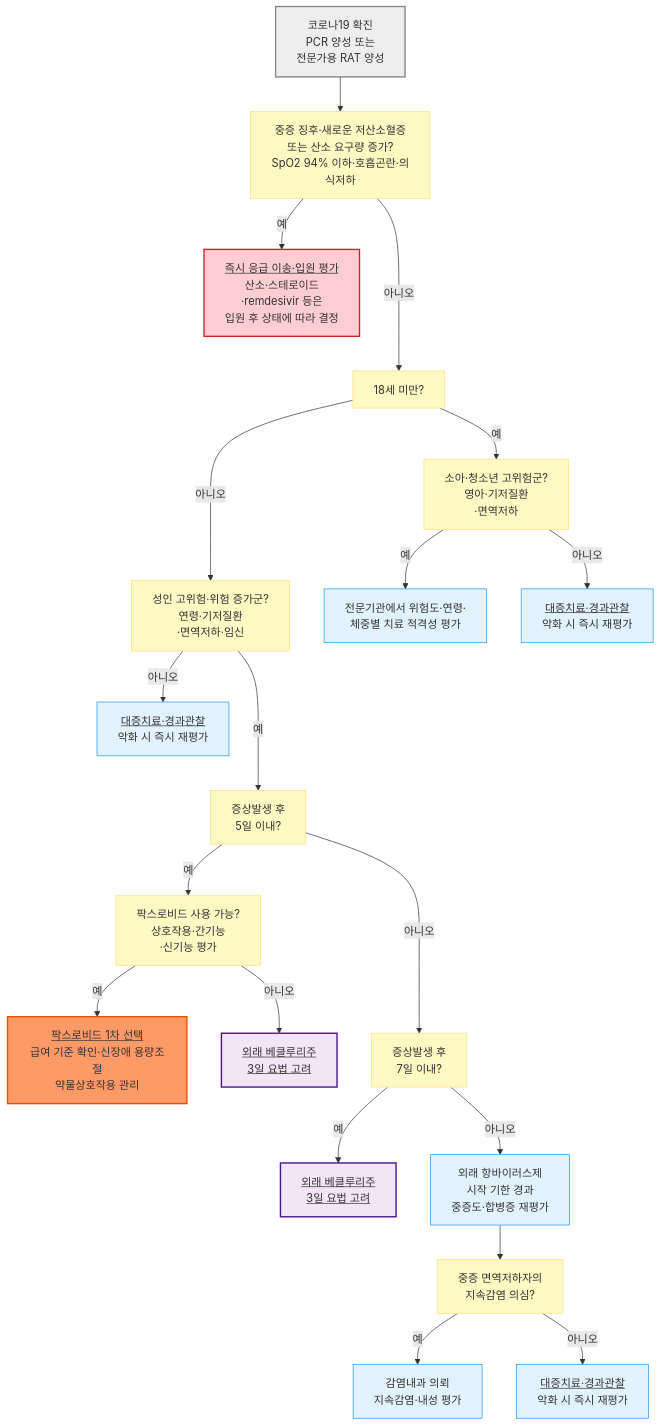
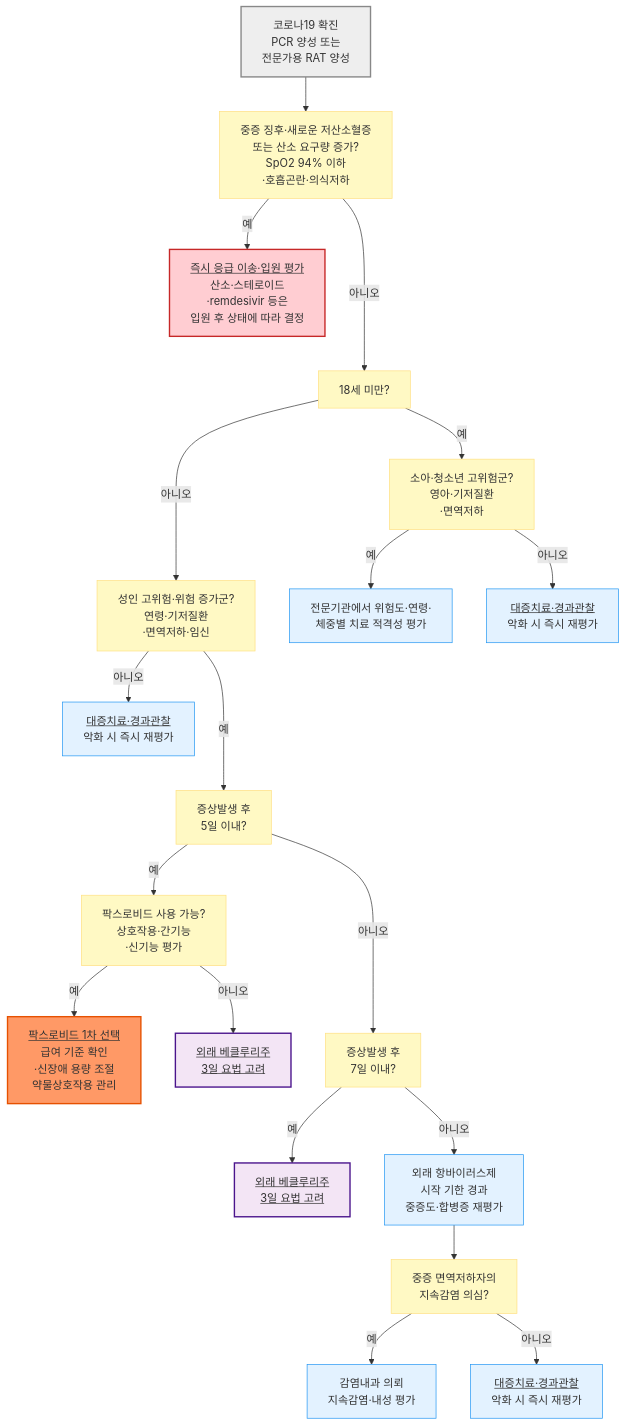
Before and after one commit to familyoh77/familyoh77: the diagram in 223_/070_1_-covid-19.md, drawn with Mermaid. The commit also changed other lines of this file, not shown here.

````diff
--- a/223_/070_1_-covid-19.md
+++ b/223_/070_1_-covid-19.md
@@ -156,49 +156,49 @@
 ```mermaid
 graph TD
     Start["코로나19 확진<br/>PCR 양성 또는 <br/>전문가용 RAT 양성"]
-    Q1["중증 징후·새로운 저산소혈증<br/>또는 산소 요구량 증가?<br/>SpO2 94% 이하·호흡곤란·의식저하"]
+    Q1["중증 징후·새로운 저산소혈증<br/>또는 산소 요구량 증가?<br/>SpO2 94% 이하<br/>·호흡곤란·의식저하"]
     R1["<u>즉시 응급 이송·입원 평가</u><br/>산소·스테로이드<br/>·remdesivir 등은<br/>입원 후 상태에 따라 결정"]
     Q0["18세 미만?"]
     Q2["성인 고위험·위험 증가군?<br/>연령·기저질환<br/>·면역저하·임신"]
     Q6["소아·청소년 고위험군?<br/>영아·기저질환<br/>·면역저하"]
     R6a["전문기관에서 위험도·연령·<br/>체중별 치료 적격성 평가"]
     R2a["<u>대증치료·경과관찰</u><br/>악화 시 즉시 재평가"]
     R2c["<u>대증치료·경과관찰</u><br/>악화 시 즉시 재평가"]
     Q3["증상발생 후 <br/>5일 이내?"]
     Q4["팍스로비드 사용 가능?<br/>상호작용·간기능<br/>·신기능 평가"]
-    R3["<u>팍스로비드 1차 선택</u><br/>급여 기준 확인·신장애 용량조절<br/>약물상호작용 관리"]
+    R3["<u>팍스로비드 1차 선택</u><br/>급여 기준 확인<br/>·신장애 용량 조절<br/>약물상호작용 관리"]
     R4a["<u>외래 베클루리주 <br/>3일 요법 고려</u>"]
     Q5["증상발생 후 <br/>7일 이내?"]
     R4b["<u>외래 베클루리주 <br/>3일 요법 고려</u>"]
     R5["외래 항바이러스제 <br/>시작 기한 경과<br/>중증도·합병증 재평가"]
     Q7["중증 면역저하자의<br/>지속감염 의심?"]
     R6b["감염내과 의뢰<br/>지속감염·내성 평가"]
     R2b["<u>대증치료·경과관찰</u><br/>악화 시 즉시 재평가"]
     Start --> Q1
     Q1 -- "예" --> R1
     Q1 -- "아니오" ---> Q0
     Q0 -- "예" --> Q6
     Q6 -- "예" --> R6a
     Q6 -- "아니오" --> R2a
     Q0 -- "아니오" ---> Q2
     Q2 -- "아니오" --> R2c
     Q2 -- "예" ---> Q3
     Q3 -- "예" --> Q4
     Q4 -- "예" --> R3
     Q4 -- "아니오" --> R4a
     Q3 -- "아니오" ---> Q5
     Q5 -- "예" --> R4b
     Q5 -- "아니오" --> R5
     R5 --> Q7
     Q7 -- "예" --> R6b
     Q7 -- "아니오" --> R2b
     classDef question fill:#fff9c4,stroke:#ffe082
     class Q0,Q1,Q2,Q3,Q4,Q5,Q6,Q7 question
     classDef sky fill:#e3f2ff,stroke:#2196f3
     class R2a,R2b,R2c,R5,R6a,R6b sky
     style Start fill:#eeeeee,stroke:#888888,stroke-width:2px
     style R1 fill:#ffcdd2,stroke:#c62828,stroke-width:2px
     style R3 fill:#f96,stroke:#e65100,stroke-width:2px
     style R4a fill:#f3e5f5,stroke:#4a148c,stroke-width:2px
     style R4b fill:#f3e5f5,stroke:#4a148c,stroke-width:2px
 ```
````
